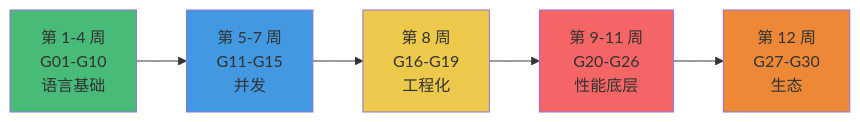
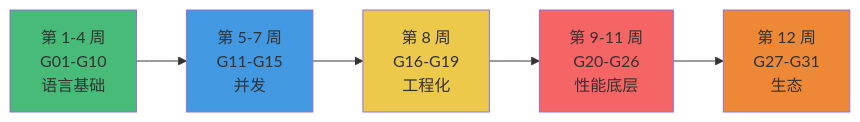
One commit to Kirby980/backend-handbook changed the ninth of 18 diagrams in golang/ROADMAP.md. Above: the diagram before and after it, drawn with Mermaid. The commit also changed other lines of this file and 9 other files, not shown here.

````diff
--- a/golang/ROADMAP.md
+++ b/golang/ROADMAP.md
@@ -262,13 +267,13 @@
 ```mermaid
 graph LR
     W1[第 1-4 周<br>G01-G10<br>语言基础] --> W5[第 5-7 周<br>G11-G15<br>并发]
     W5 --> W8[第 8 周<br>G16-G19<br>工程化]
     W8 --> W9[第 9-11 周<br>G20-G26<br>性能底层]
-    W9 --> W12[第 12 周<br>G27-G30<br>生态]
+    W9 --> W12[第 12 周<br>G27-G31<br>生态]
     
     style W1 fill:#48bb78
     style W5 fill:#4299e1
     style W8 fill:#ecc94b
     style W9 fill:#f56565
     style W12 fill:#ed8936
 ```
````
